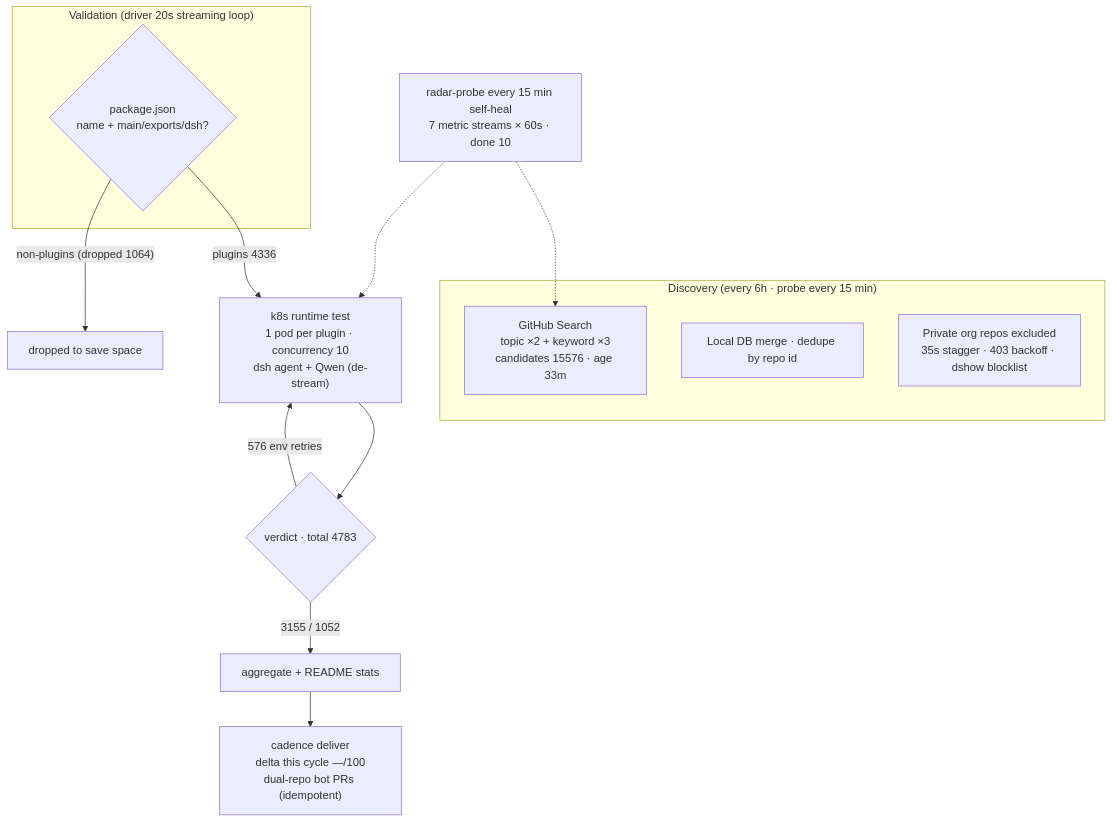
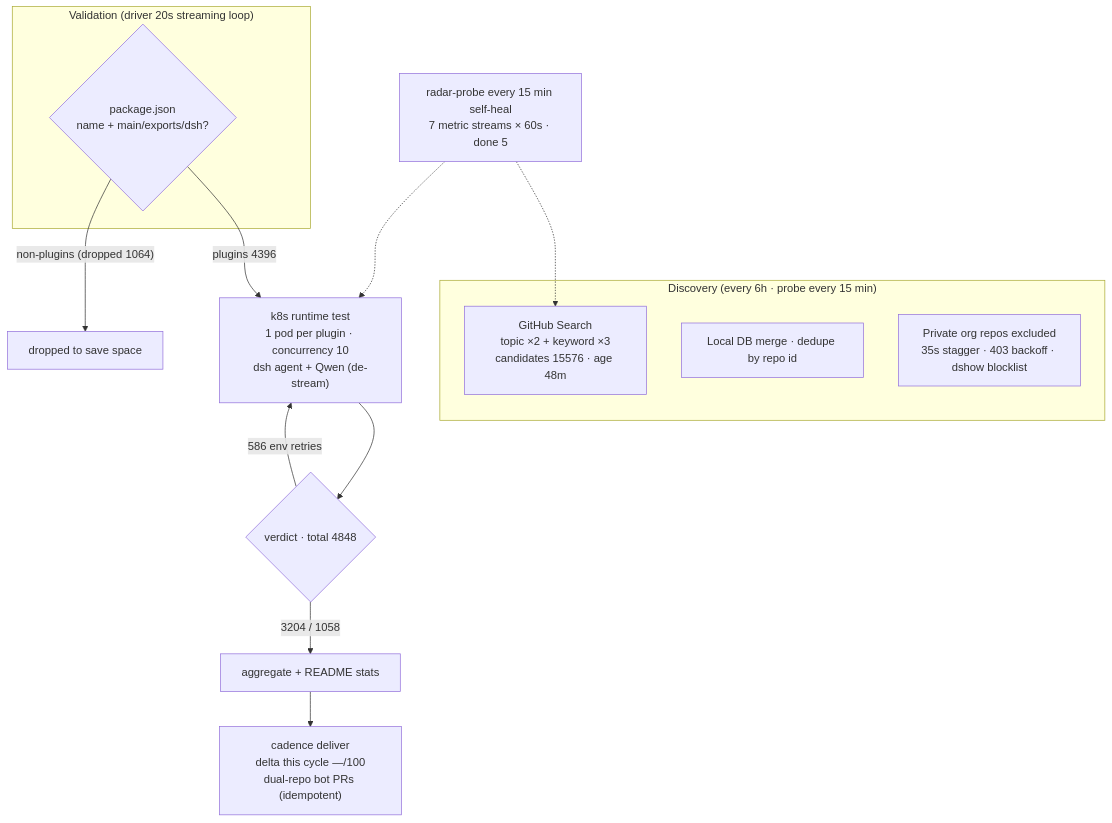
Before and after one commit to AdamPlatin123/awesome-dsh-plugins: the diagram in README.en-US.md, drawn with Mermaid. The commit also changed other lines of this file and 5 other files, not shown here.

````diff
--- a/README.en-US.md
+++ b/README.en-US.md
@@ -30,20 +30,20 @@
 ```mermaid
 flowchart TB
     subgraph Discovery["Discovery (every 6h · probe every 15 min)"]
-        A1["GitHub Search<br/>topic ×2 + keyword ×3<br/>candidates 15576 · age 33m"]
+        A1["GitHub Search<br/>topic ×2 + keyword ×3<br/>candidates 15576 · age 48m"]
         A2["Local DB merge · dedupe by repo id"]
         A3["Private org repos excluded<br/>35s stagger · 403 backoff · dshow blocklist"]
     end
     subgraph Validation["Validation (driver 20s streaming loop)"]
         B1{"package.json<br/>name + main/exports/dsh?"}
     end
-    B1 -->|"plugins 4336"| C1["k8s runtime test<br/>1 pod per plugin · concurrency 10<br/>dsh agent + Qwen (de-stream)"]
+    B1 -->|"plugins 4396"| C1["k8s runtime test<br/>1 pod per plugin · concurrency 10<br/>dsh agent + Qwen (de-stream)"]
     B1 -->|"non-plugins (dropped 1064)"| B3["dropped to save space"]
-    C1 --> D1{"verdict · total 4783"}
-    D1 -->|"3155 / 1052"| E1["aggregate + README stats"]
-    D1 -->|"576 env retries"| C1
+    C1 --> D1{"verdict · total 4848"}
+    D1 -->|"3204 / 1058"| E1["aggregate + README stats"]
+    D1 -->|"586 env retries"| C1
     E1 --> E2["cadence deliver<br/>delta this cycle —/100<br/>dual-repo bot PRs (idempotent)"]
-    M["radar-probe every 15 min self-heal<br/>7 metric streams × 60s · done 10"]
+    M["radar-probe every 15 min self-heal<br/>7 metric streams × 60s · done 5"]
     M -.-> A1
     M -.-> C1
 ```
````
